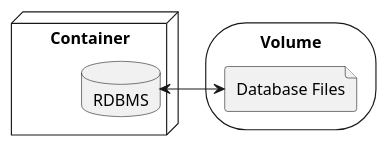
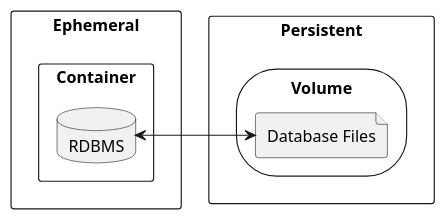
The third of 3 diagrams in docs/database.adoc (krb39/it490), drawn with PlantUML before and after one commit. The commit also changed other lines of this file and 29 other files, not shown here.

```diff
--- a/docs/database.adoc
+++ b/docs/database.adoc
@@ -75,15 +113,19 @@
 [plantuml, volumes, svg]
 ....
 @startuml
 
-storage volume as "Volume" {
-    file dbfiles as "Database Files"
+rectangle persistent as "Persistent" {
+    storage volume as "Volume" {
+        file dbfiles as "Database Files"
+    }
 }
-node container as "Container" {
-    database RDBMS
+rectangle ephemeral as "Ephemeral" {
+    rectangle container as "Container" {
+        database RDBMS
+    }
 }
 
 RDBMS <-> dbfiles
 
 @enduml
 ....
```
